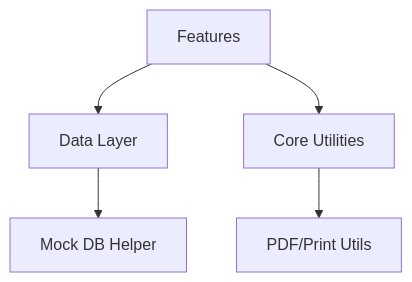
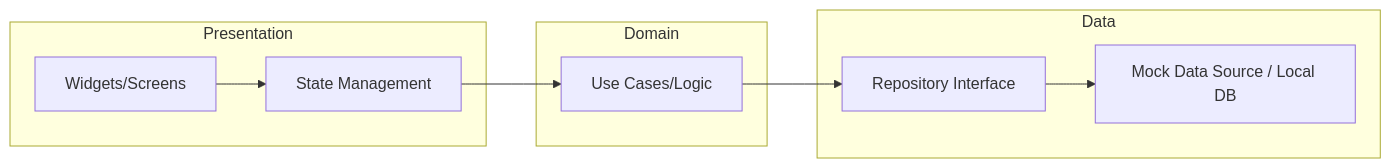
The diagram in README.md (BacheneSoft/flutter_distribution_pro_showcase), drawn with Mermaid before and after one commit. The commit also changed other lines of this file, not shown here.

Commit message:
Enhance README for technical showcase: Added architecture, business logic, and use case details

````diff
--- a/README.md
+++ b/README.md
@@ -31,7 +34,15 @@
 ```mermaid
-graph TD
-    A[Features] --> B[Data Layer]
-    A --> C[Core Utilities]
-    B --> D[Mock DB Helper]
-    C --> E[PDF/Print Utils]
+graph LR
+    subgraph Presentation
+    UI[Widgets/Screens] --> BL[State Management]
+    end
+
+    subgraph Domain
+    BL --> UC[Use Cases/Logic]
+    end
+
+    subgraph Data
+    UC --> Repo[Repository Interface]
+    Repo --> Mock[Mock Data Source / Local DB]
+    end
 ```
````
